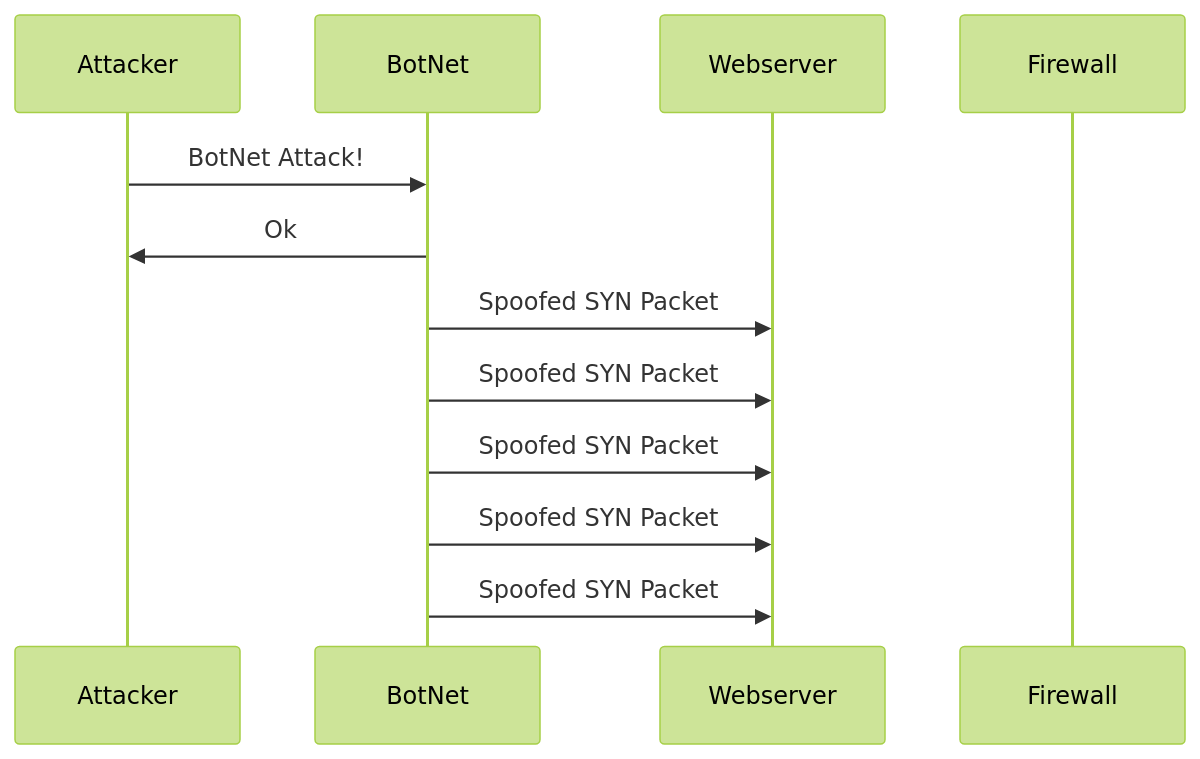
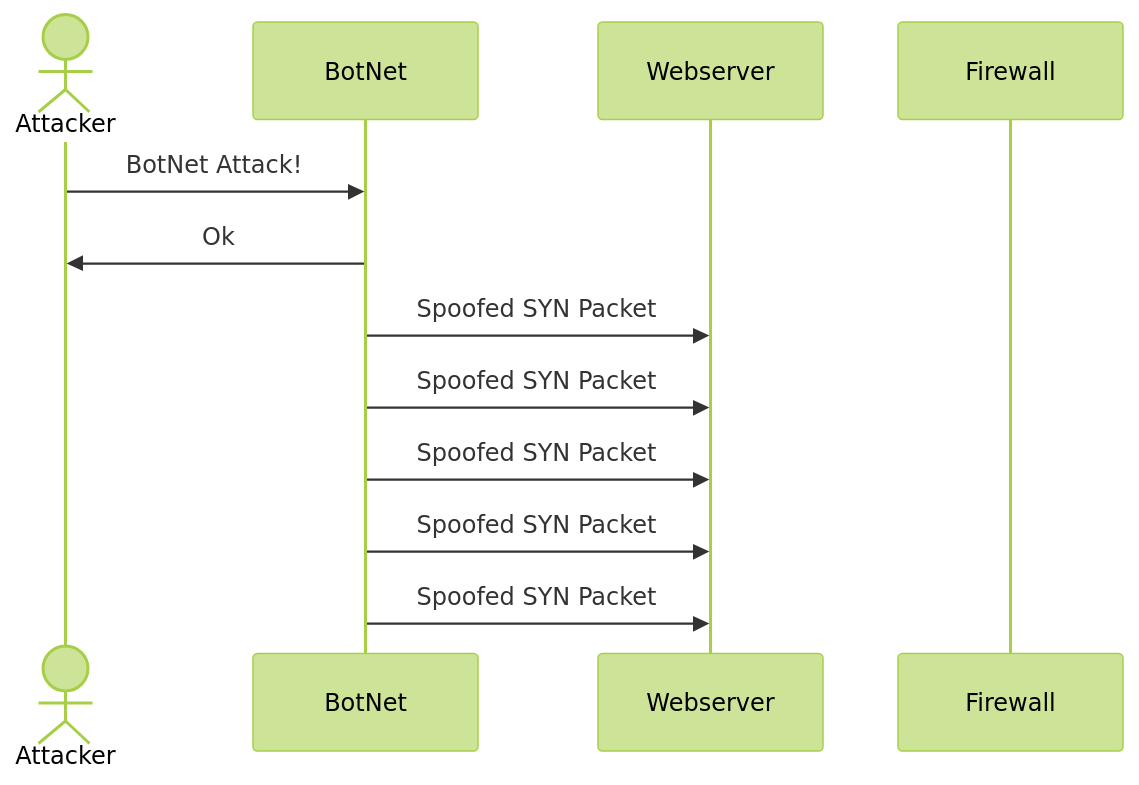
Before and after one commit to slaucks/slaucks.github.io: the diagram in DDoS_Attack_Sequence.md, drawn with Mermaid (forest theme).

````diff
--- a/DDoS_Attack_Sequence.md
+++ b/DDoS_Attack_Sequence.md
@@ -1,12 +1,13 @@
 ```mermaid
 sequenceDiagram
+ actor Attacker 
  Attacker->>BotNet: BotNet Attack!
  BotNet->>Attacker: Ok
  BotNet->>Webserver: Spoofed SYN Packet
  BotNet->>Webserver: Spoofed SYN Packet
  BotNet->>Webserver: Spoofed SYN Packet
  BotNet->>Webserver: Spoofed SYN Packet
  BotNet->>Webserver: Spoofed SYN Packet
  participant Firewall
 
 ```
````
